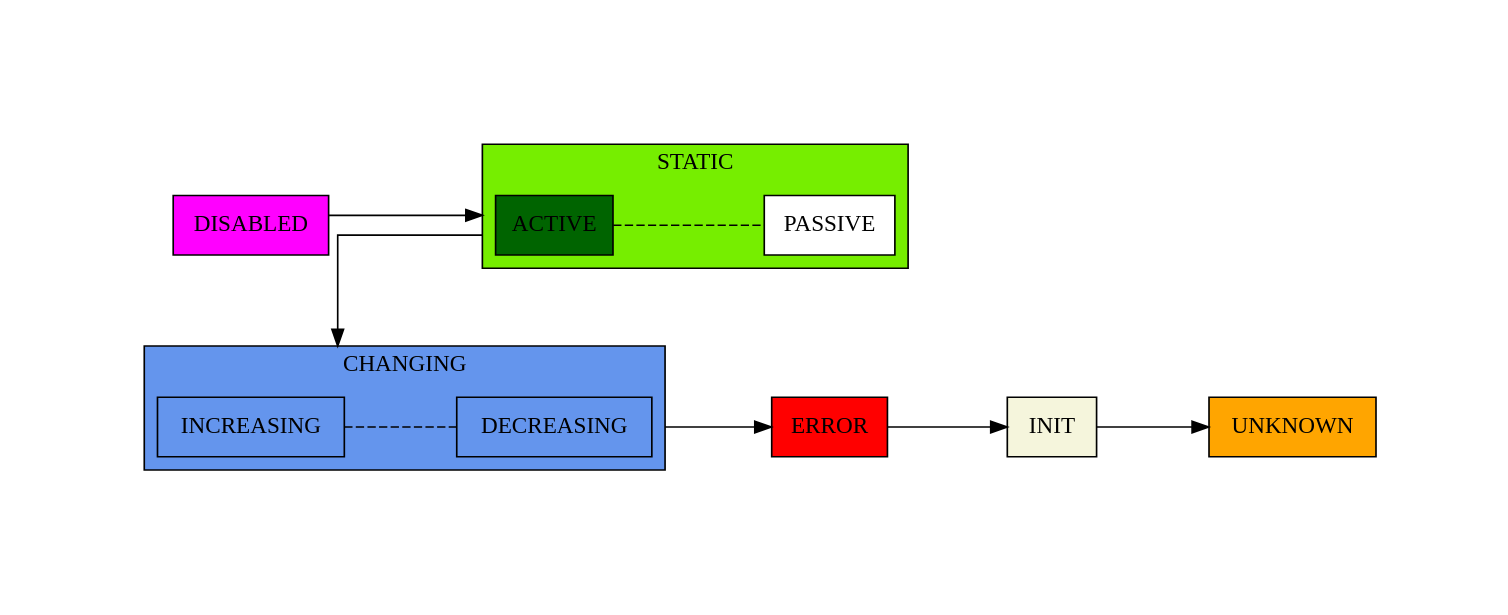
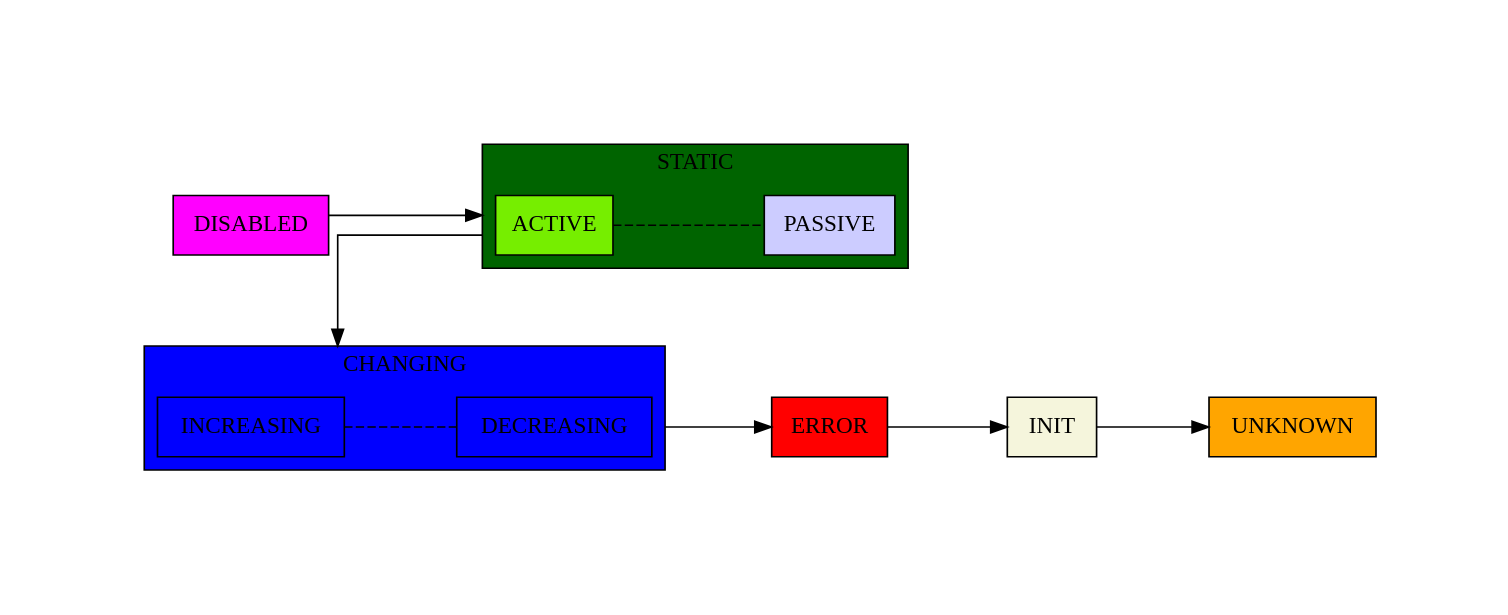
One commit to European-XFEL/Karabo changed the third of 7 diagrams in doc/concepts/states.rst. Above: the diagram before and after it, drawn with Graphviz. The commit also changed other lines of this file, not shown here.

```diff
--- a/doc/concepts/states.rst
+++ b/doc/concepts/states.rst
@@ -309,13 +308,13 @@
         subgraph cluster0 {
             label = "STATIC";
             style = filled
-            fillcolor = chartreuse2
+            fillcolor = darkgreen
 
             active
             [
                 shape = box
                 style = filled
-                fillcolor = darkgreen
+                fillcolor = chartreuse2
                 label = "ACTIVE"
             ]
 
@@ -323,7 +322,7 @@
             [
                 shape = box
                 style = filled
-                fillcolor = white
+                fillcolor = "#CCCCFF"
                 label = "PASSIVE"
             ]
 
@@ -334,13 +333,13 @@
         subgraph cluster1 {
             label = "CHANGING";
             style = filled
-            fillcolor = cornflowerblue
+            fillcolor = blue
 
             increasing
             [
                 shape = box
                 style = filled
-                fillcolor = cornflowerblue
+                fillcolor = blue
                 label = "INCREASING"
             ]
 
@@ -348,7 +347,7 @@
             [
                 shape = box
                 style = filled
-                fillcolor = cornflowerblue
+                fillcolor = blue
                 label = "DECREASING"
             ]
 
```
